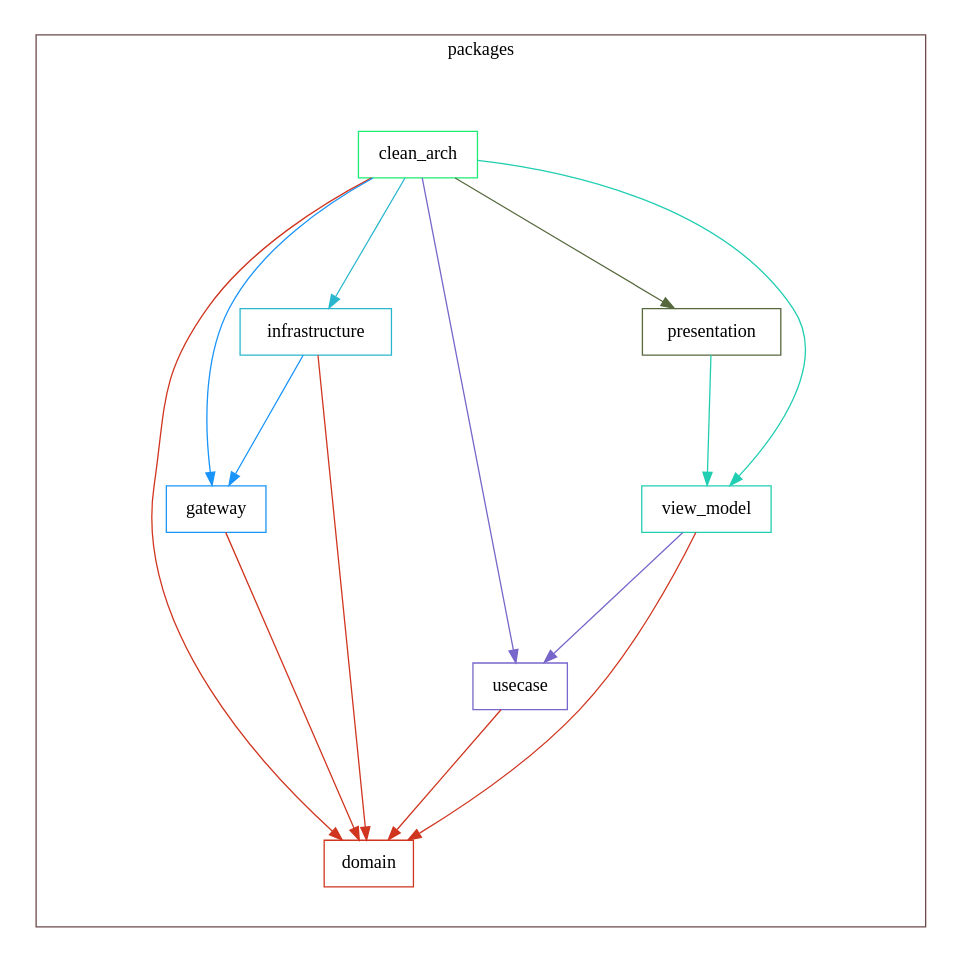
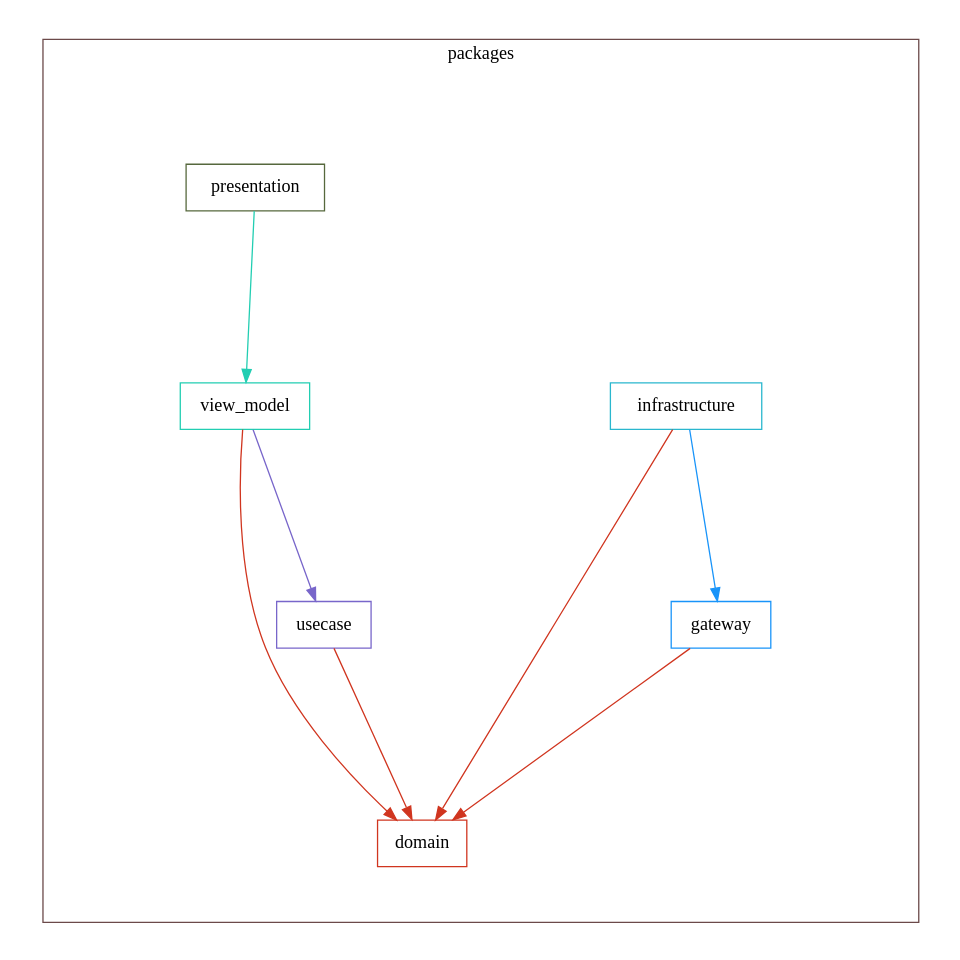
One commit to w2406/flutter_clean_architecture_package changed the diagram in dependence.dot. Above: the diagram before and after it, drawn with Graphviz.

Commit message:
dot更新

```diff
--- a/dependence.dot
+++ b/dependence.dot
@@ -1,34 +1,26 @@
 digraph packages {
   size="10"; ratio=fill;
-  clean_arch [shape="box"; color="#1ceb74"];
   domain [shape="box"; color="#d0351f"];
   gateway [shape="box"; color="#1994f9"];
   infrastructure [shape="box"; color="#2ab7ce"];
   presentation [shape="box"; color="#56683d"];
   usecase [shape="box"; color="#7866ca"];
   view_model [shape="box"; color="#22ceb2"];
-  clean_arch -> domain [style="filled"; color="#d0351f"];
-  clean_arch -> usecase [style="filled"; color="#7866ca"];
-  clean_arch -> gateway [style="filled"; color="#1994f9"];
-  clean_arch -> infrastructure [style="filled"; color="#2ab7ce"];
-  clean_arch -> view_model [style="filled"; color="#22ceb2"];
-  clean_arch -> presentation [style="filled"; color="#56683d"];
   gateway -> domain [style="filled"; color="#d0351f"];
   infrastructure -> gateway [style="filled"; color="#1994f9"];
   infrastructure -> domain [style="filled"; color="#d0351f"];
   presentation -> view_model [style="filled"; color="#22ceb2"];
   usecase -> domain [style="filled"; color="#d0351f"];
   view_model -> domain [style="filled"; color="#d0351f"];
   view_model -> usecase [style="filled"; color="#7866ca"];
   subgraph "cluster packages" {
     label="packages";
     color="#6b4949";
-    clean_arch;
     domain;
     gateway;
     infrastructure;
     presentation;
     usecase;
     view_model;
   }
 }
```
